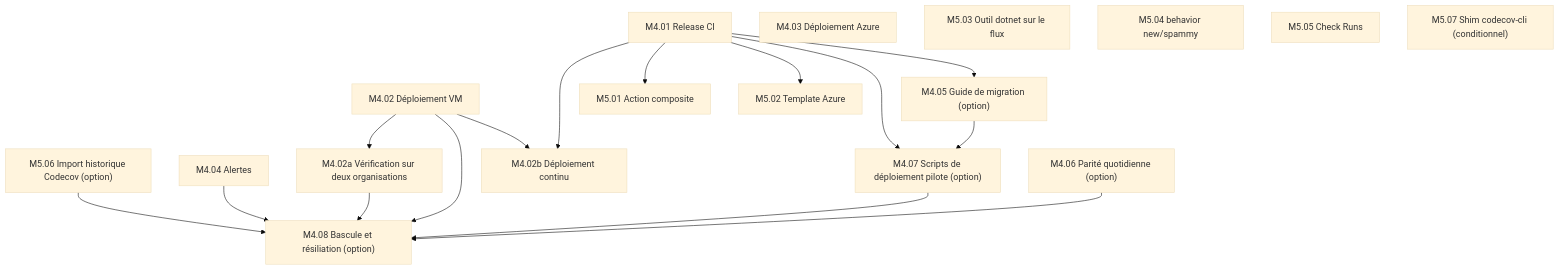
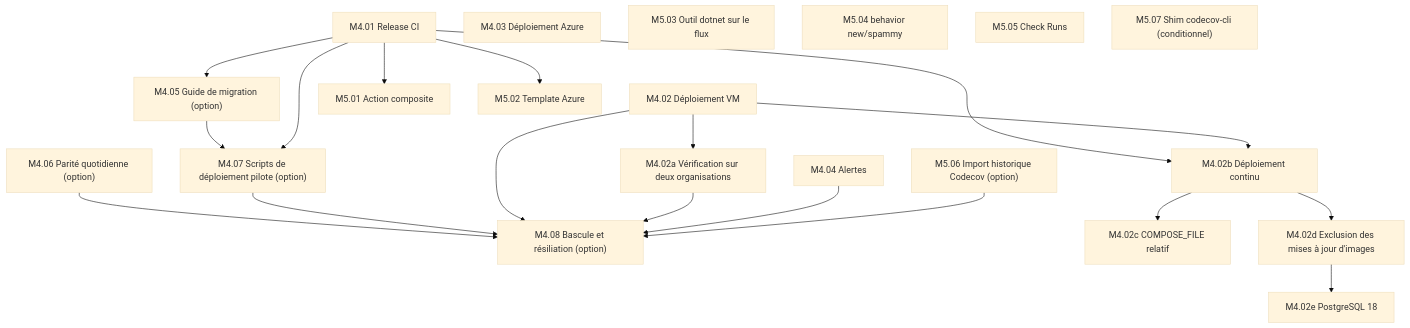
Before and after one commit to gaetanthouvenin/code-coverage: the sixth of 6 diagrams in docs/PLAN.md, drawn with Mermaid (base theme). The commit also changed other lines of this file, not shown here.

````diff
--- a/docs/PLAN.md
+++ b/docs/PLAN.md
@@ -431,25 +431,28 @@
 ```mermaid
 graph TD
   M4_01["M4.01 Release CI"]
   M4_02["M4.02 Déploiement VM"]
   M4_03["M4.03 Déploiement Azure"]
   M4_04["M4.04 Alertes"]
   M4_05["M4.05 Guide de migration (option)"] --> M4_07["M4.07 Scripts de déploiement pilote (option)"]
   M4_06["M4.06 Parité quotidienne (option)"] --> M4_08["M4.08 Bascule et résiliation (option)"]
   M4_07 --> M4_08
   M4_01 --> M4_07
   M4_01 --> M4_05
   M4_02 --> M4_08
   M4_02 --> M4_02a["M4.02a Vérification sur deux organisations"]
   M4_01 --> M4_02b["M4.02b Déploiement continu"]
   M4_02 --> M4_02b
+  M4_02b --> M4_02c["M4.02c COMPOSE_FILE relatif"]
+  M4_02b --> M4_02d["M4.02d Exclusion des mises à jour d'images"]
+  M4_02d --> M4_02e["M4.02e PostgreSQL 18"]
   M4_02a --> M4_08
   M4_04 --> M4_08
   M4_01 --> M5_01["M5.01 Action composite"]
   M4_01 --> M5_02["M5.02 Template Azure"]
   M5_03["M5.03 Outil dotnet sur le flux"]
   M5_04["M5.04 behavior new/spammy"]
   M5_05["M5.05 Check Runs"]
   M5_06["M5.06 Import historique Codecov (option)"] --> M4_08
   M5_07["M5.07 Shim codecov-cli (conditionnel)"]
 ```
````
